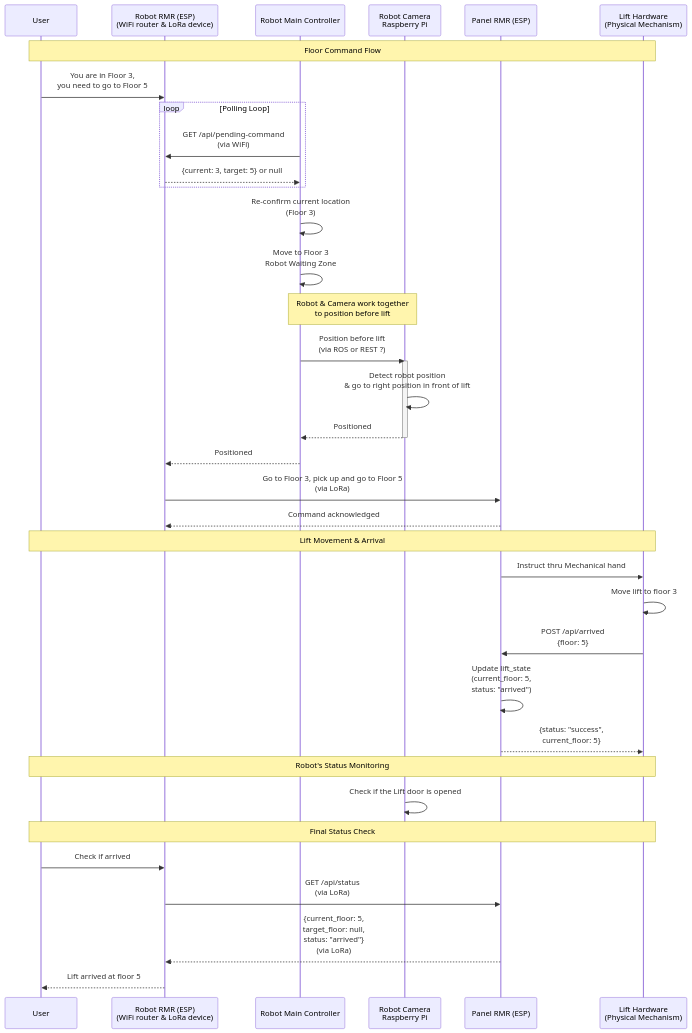
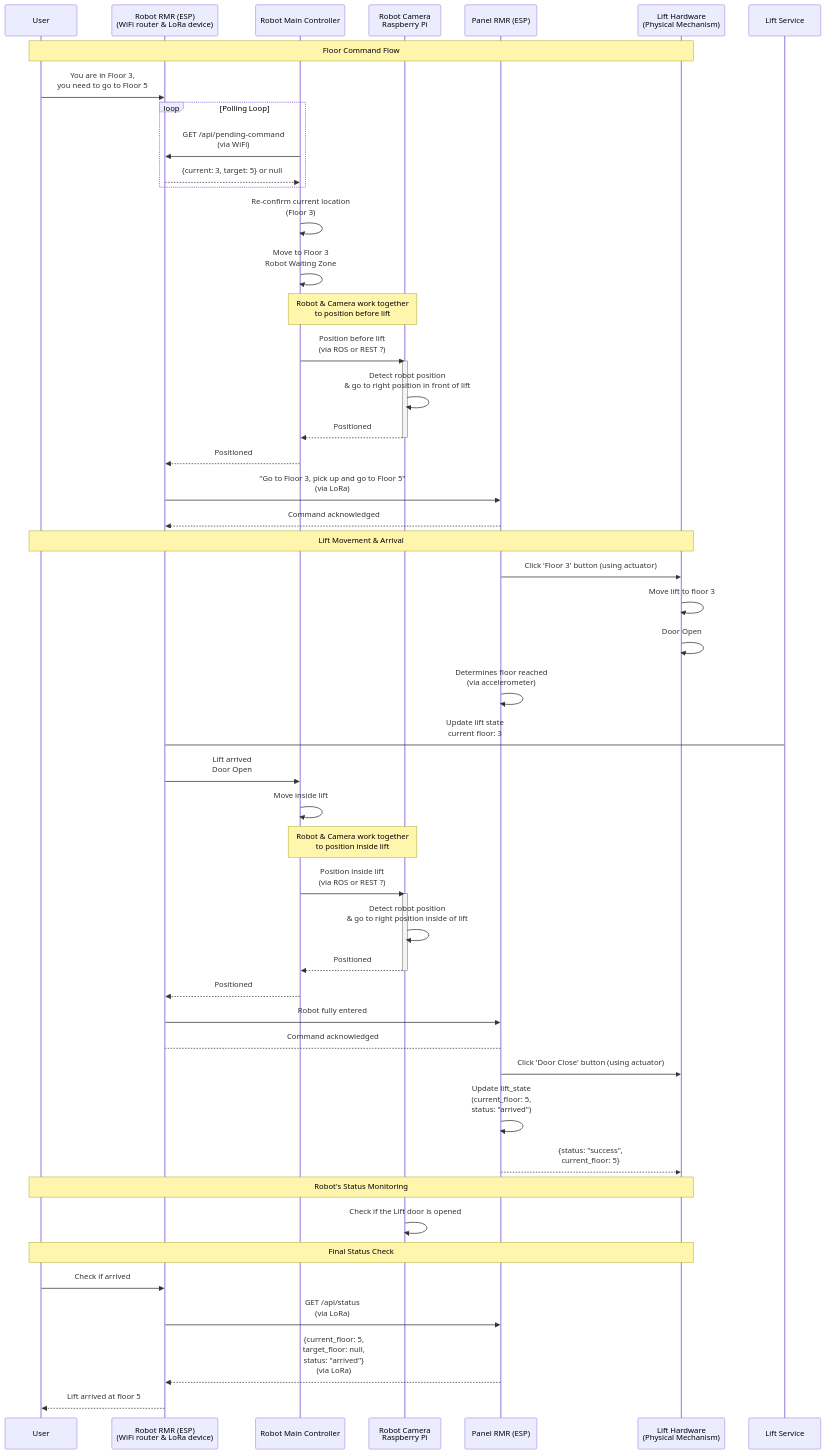
The first of 2 diagrams in sequence_diagram.md (in-is-ah/rmr), drawn with Mermaid before and after one commit.

Commit message:
Refine sequence diagram for lift and robot interactions
Updated sequence diagram to clarify lift operations and robot positioning.

````diff
--- a/sequence_diagram.md
+++ b/sequence_diagram.md
@@ -5,43 +5,58 @@
 ```mermaid
 sequenceDiagram
     participant User
     participant ClientPi as Robot RMR (ESP)<br/>(WiFi router & LoRa device)
     participant RobotMainController as Robot Main Controller
     participant CameraModule as Robot Camera<br/>Raspberry Pi
     participant LiftService as Panel RMR (ESP)
     participant LiftHardware as Lift Hardware<br/>(Physical Mechanism)
 
     Note over User,LiftHardware: Floor Command Flow
     User->>ClientPi: You are in Floor 3,<br/>you need to go to Floor 5
     loop Polling Loop
         RobotMainController->>ClientPi: GET /api/pending-command<br/>(via WiFi)
         ClientPi-->>RobotMainController: {current: 3, target: 5} or null
     end
     RobotMainController->>RobotMainController: Re-confirm current location<br/>(Floor 3)
     RobotMainController->>RobotMainController: Move to Floor 3<br/>Robot Waiting Zone
     Note over RobotMainController,CameraModule: Robot & Camera work together<br/>to position before lift
     RobotMainController->>CameraModule: Position before lift<br/>(via ROS or REST ?)
     activate CameraModule
     CameraModule->>CameraModule: Detect robot position<br/>& go to right position in front of lift
     CameraModule-->>RobotMainController: Positioned
     deactivate CameraModule
     RobotMainController-->>ClientPi: Positioned
-    ClientPi->>LiftService: Go to Floor 3, pick up and go to Floor 5<br/>(via LoRa)
+    ClientPi->>LiftService: "Go to Floor 3, pick up and go to Floor 5"<br/>(via LoRa)
     LiftService-->>ClientPi: Command acknowledged
     
     Note over User,LiftHardware: Lift Movement & Arrival
-    LiftService->>LiftHardware: Instruct thru Mechanical hand
+    LiftService->>LiftHardware: Click 'Floor 3' button (using actuator)
     LiftHardware->>LiftHardware: Move lift to floor 3
-    LiftHardware->>LiftService: POST /api/arrived<br/>{floor: 5}
+    LiftHardware->>LiftHardware: Door Open
+    LiftService->>LiftService: Determines floor reached<br/>(via accelerometer)
+    Lift Service->ClientPi: Update lift state<br/>current floor: 3
+    ClientPi->>RobotMainController: Lift arrived<br/>Door Open
+    RobotMainController->>RobotMainController: Move inside lift
+    Note over RobotMainController,CameraModule: Robot & Camera work together<br/>to position inside lift
+    RobotMainController->>CameraModule: Position inside lift<br/>(via ROS or REST ?)
+    activate CameraModule
+    CameraModule->>CameraModule: Detect robot position<br/>& go to right position inside of lift
+    CameraModule-->>RobotMainController: Positioned
+    deactivate CameraModule
+    RobotMainController-->>ClientPi: Positioned
+    ClientPi->>LiftService: Robot fully entered
+    LiftService-->ClientPi: Command acknowledged
+    LiftService->>LiftHardware: Click 'Door Close' button (using actuator)
+
     LiftService->>LiftService: Update lift_state<br/>(current_floor: 5,<br/>status: "arrived")
     LiftService-->>LiftHardware: {status: "success",<br/>current_floor: 5}
     
     Note over User,LiftHardware: Robot's Status Monitoring
     CameraModule->>CameraModule: Check if the Lift door is opened
 
     Note over User,LiftHardware: Final Status Check
     User->>ClientPi: Check if arrived
     ClientPi->>LiftService: GET /api/status<br/>(via LoRa)
     LiftService-->>ClientPi: {current_floor: 5,<br/>target_floor: null,<br/>status: "arrived"}<br/>(via LoRa)
     ClientPi-->>User: Lift arrived at floor 5
 ```
````
